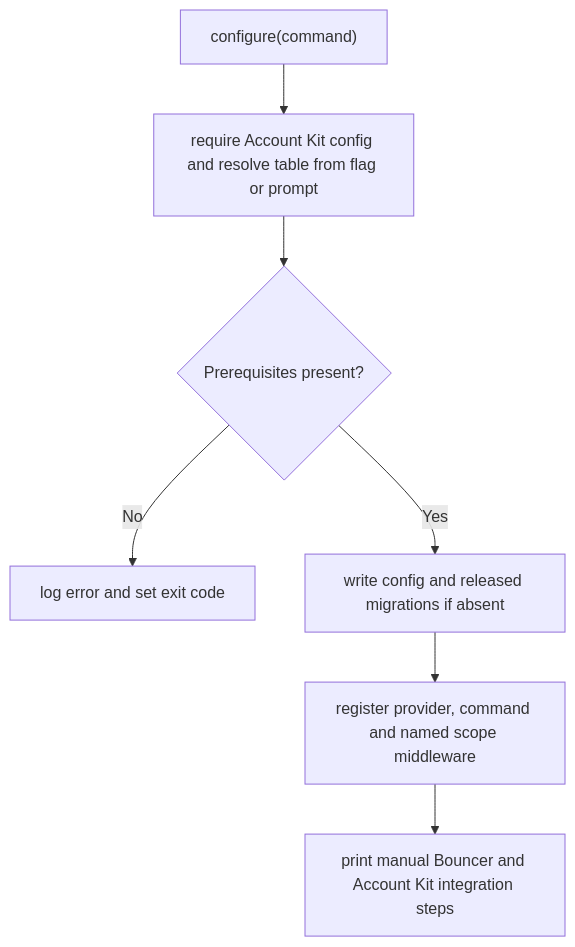
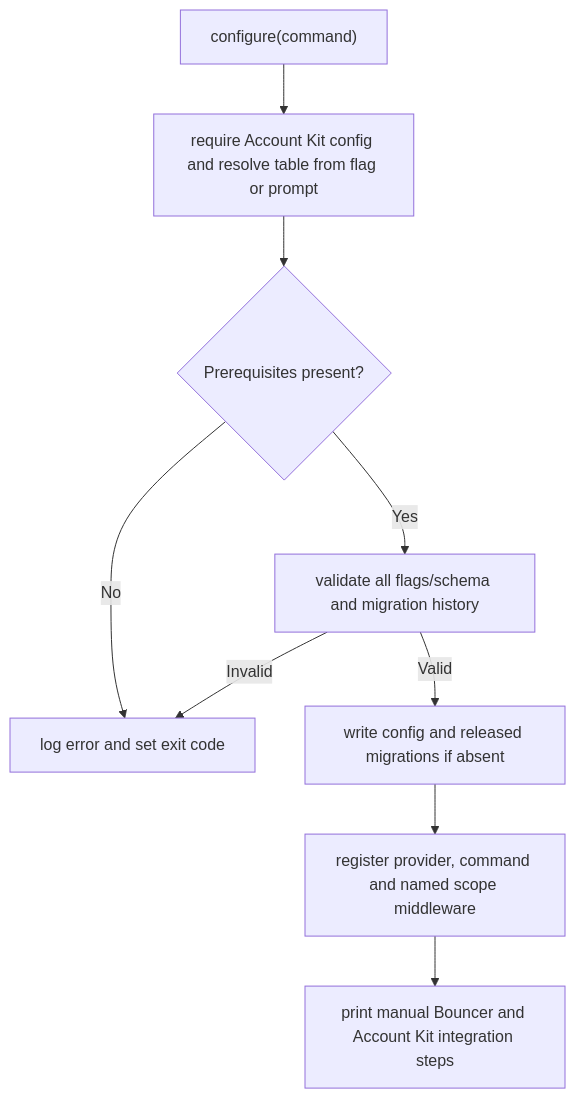
One commit to Kevinjohn/oss-adonisjs-access-control changed the second of 2 diagrams in user-stories/US-ACCESS-14-configure-access-control.md. Above: the diagram before and after it, drawn with Mermaid. The commit also changed 26 other files, not shown here.

Commit message:
docs: verify user story paths and Mermaid flows against implementation

````diff
--- a/user-stories/US-ACCESS-14-configure-access-control.md
+++ b/user-stories/US-ACCESS-14-configure-access-control.md
@@ -32,9 +32,11 @@
 ```mermaid
 flowchart TD
     A["configure(command)"] --> B["require Account Kit config and resolve table from flag or prompt"]
     B --> C{"Prerequisites present?"}
     C -->|No| D["log error and set exit code"]
-    C -->|Yes| E["write config and released migrations if absent"]
+    C -->|Yes| H["validate all flags/schema and migration history"]
+    H -->|Invalid| D
+    H -->|Valid| E["write config and released migrations if absent"]
     E --> F["register provider, command and named scope middleware"]
     F --> G["print manual Bouncer and Account Kit integration steps"]
 ```
````
